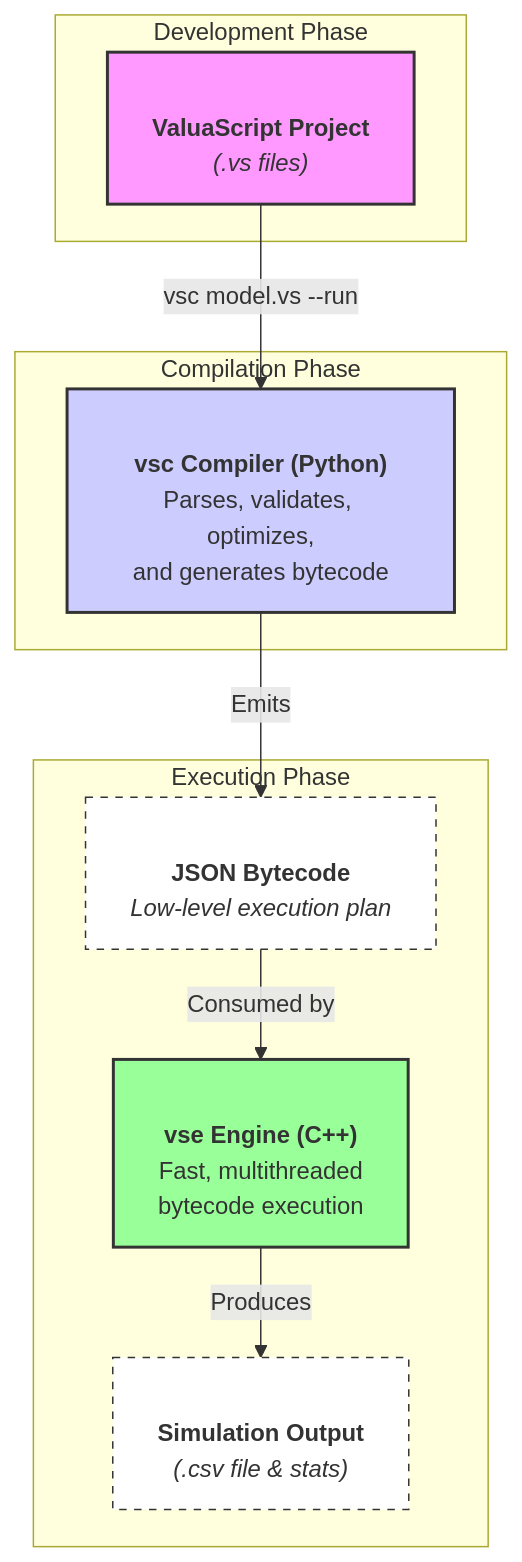
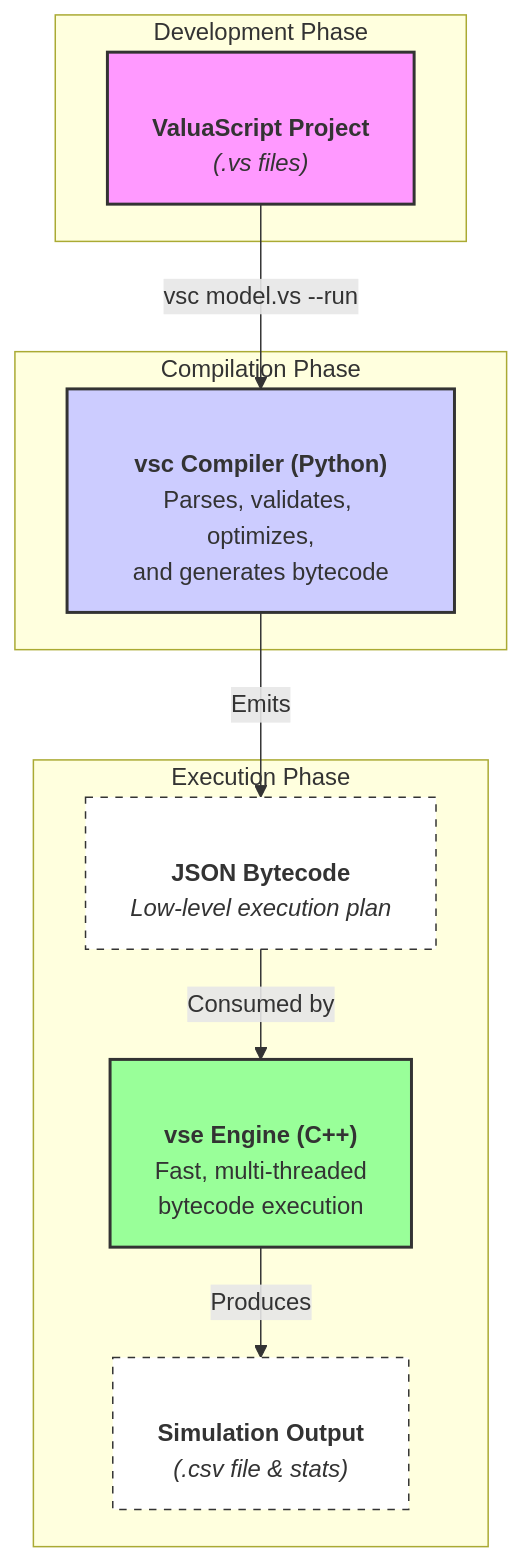
Before and after one commit to Alessio2704/monte-carlo-simulator: the diagram in README.md, drawn with Mermaid. The commit also changed other lines of this file, not shown here.

````diff
--- a/README.md
+++ b/README.md
@@ -51,25 +87,25 @@
 ```mermaid
 graph TD
     subgraph "Development Phase"
         A["<br/><b>ValuaScript Project</b><br/><i>(.vs files)</i>"]
     end
     subgraph "Compilation Phase"
         B["<br/><b>vsc Compiler (Python)</b><br/>Parses, validates, optimizes,<br/>and generates bytecode"]
     end
     subgraph "Execution Phase"
         C["<br/><b>JSON Bytecode</b><br/><i>Low-level execution plan</i>"]
-        D["<br/><b>vse Engine (C++)</b><br/>Fast, multithreaded<br/>bytecode execution"]
+        D["<br/><b>vse Engine (C++)</b><br/>Fast, multi-threaded<br/>bytecode execution"]
         E["<br/><b>Simulation Output</b><br/><i>(.csv file & stats)</i>"]
     end
 
     A -- "vsc model.vs --run" --> B
     B -- Emits --> C
     C -- Consumed by --> D
     D -- Produces --> E
 
     style A fill:#f9f,stroke:#333,stroke-width:2px
     style B fill:#ccf,stroke:#333,stroke-width:2px
     style D fill:#9f9,stroke:#333,stroke-width:2px
     style C fill:#fff,stroke:#333,stroke-width:1px,stroke-dasharray: 5 5
     style E fill:#fff,stroke:#333,stroke-width:1px,stroke-dasharray: 5 5
 ```
````
